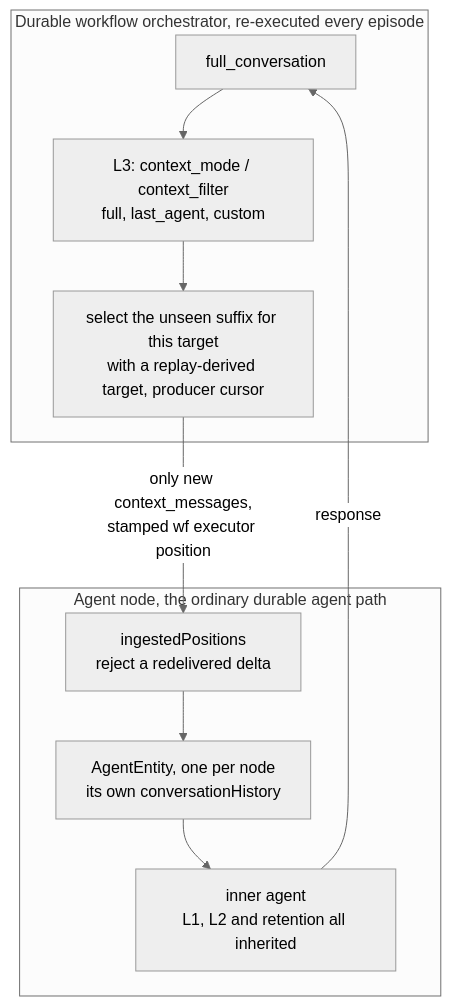
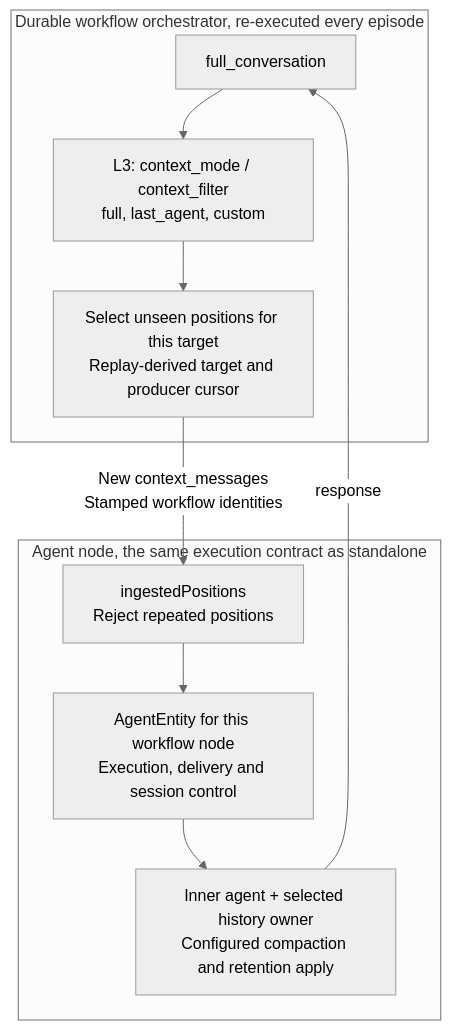
One commit to microsoft/agent-framework-durable-extension changed the fifth of 6 diagrams in docs/decisions/0032-durable-thread-compaction.md. Above: the diagram before and after it, drawn with Mermaid (neutral theme). The commit also changed other lines of this file, not shown here.

First line of the commit message:
docs: clarify provider-independent execution state

````diff
--- a/docs/decisions/0032-durable-thread-compaction.md
+++ b/docs/decisions/0032-durable-thread-compaction.md
@@ -650,19 +740,19 @@
 ```mermaid
 flowchart TB
     subgraph ORCH["Durable workflow orchestrator, re-executed every episode"]
         FC["full_conversation"]
         PROJ["L3: context_mode / context_filter<br/>full, last_agent, custom"]
-    DELTA["select the unseen suffix for this target<br/>with a replay-derived target, producer cursor"]
-    FC --> PROJ --> DELTA
+      DELTA["Select unseen positions for this target<br/>Replay-derived target and producer cursor"]
+      FC --> PROJ --> DELTA
     end
 
-    subgraph NODE["Agent node, the ordinary durable agent path"]
-    GUARD["ingestedPositions<br/>reject a redelivered delta"]
-    ENTITY["AgentEntity, one per node<br/>its own conversationHistory"]
-        INNER["inner agent<br/>L1, L2 and retention all inherited"]
-    GUARD --> ENTITY --> INNER
+    subgraph NODE["Agent node, the same execution contract as standalone"]
+      GUARD["ingestedPositions<br/>Reject repeated positions"]
+      ENTITY["AgentEntity for this workflow node<br/>Execution, delivery and session control"]
+      INNER["Inner agent + selected history owner<br/>Configured compaction and retention apply"]
+      GUARD --> ENTITY --> INNER
     end
 
-  DELTA -->|"only new context_messages,<br/>stamped wf executor position"| GUARD
+    DELTA -->|"New context_messages<br/>Stamped workflow identities"| GUARD
     INNER -->|"response"| FC
 ```
````
